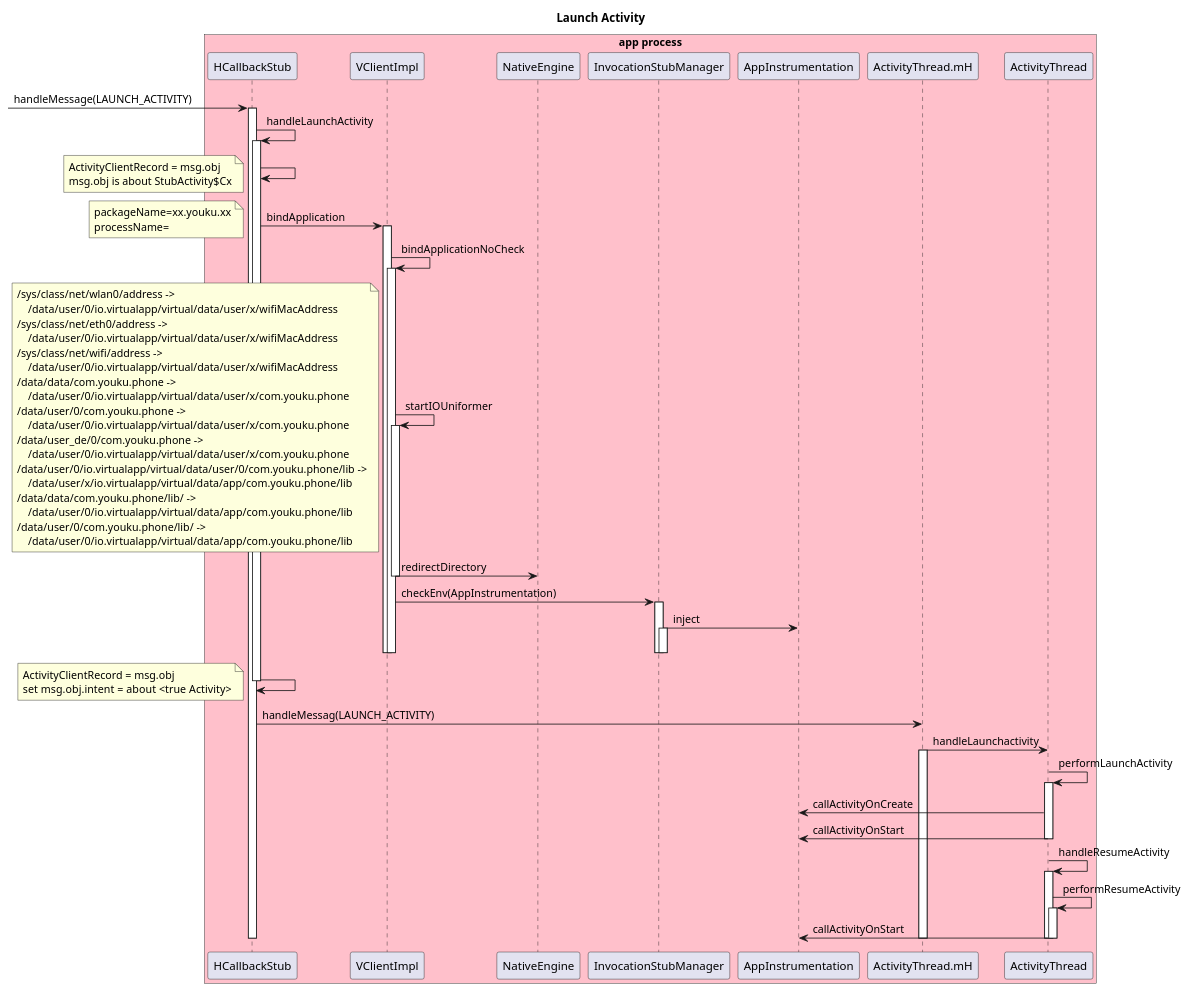
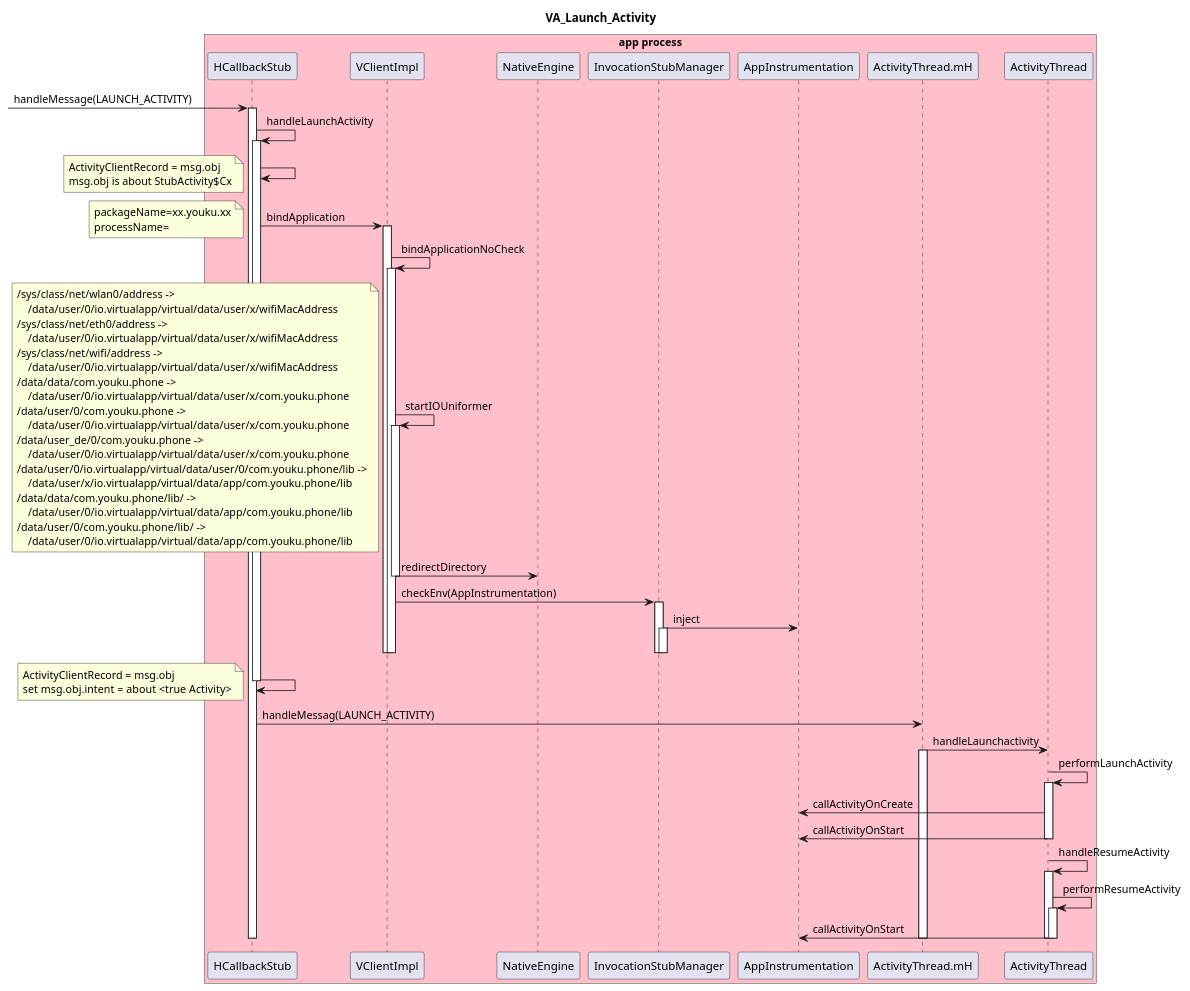
One commit to peggy109/VADoc changed the diagram in va_launch_activity.puml. Above: the diagram before and after it, drawn with PlantUML. The commit also changed 2 other files, not shown here.

Commit message:
va_start_activity.puml,optimize

```diff
--- a/va_launch_activity.puml
+++ b/va_launch_activity.puml
@@ -1,83 +1,83 @@
 @startuml
-title Launch Activity
+title VA_Launch_Activity
 box "app process" #Pink
 participant HCallbackStub
 participant VClientImpl as VCImpl
 participant NativeEngine
 participant InvocationStubManager
 participant AppInstrumentation
 participant ActivityThread.mH as mH
 participant ActivityThread
 endbox
 [-> HCallbackStub : handleMessage(LAUNCH_ACTIVITY)
 activate HCallbackStub
 HCallbackStub-> HCallbackStub : handleLaunchActivity
 activate HCallbackStub
 HCallbackStub -> HCallbackStub :
 note left
 ActivityClientRecord = msg.obj
 msg.obj is about StubActivity$Cx
 end note
 HCallbackStub -> VCImpl : bindApplication
 note left : packageName=xx.youku.xx\nprocessName=
 activate VCImpl
     VCImpl -> VCImpl : bindApplicationNoCheck
     activate VCImpl
         VCImpl -> VCImpl : startIOUniformer
         note left
         /sys/class/net/wlan0/address ->
             /data/user/0/io.virtualapp/virtual/data/user/x/wifiMacAddress
         /sys/class/net/eth0/address ->
             /data/user/0/io.virtualapp/virtual/data/user/x/wifiMacAddress
         /sys/class/net/wifi/address ->
             /data/user/0/io.virtualapp/virtual/data/user/x/wifiMacAddress
         /data/data/com.youku.phone ->
             /data/user/0/io.virtualapp/virtual/data/user/x/com.youku.phone
         /data/user/0/com.youku.phone ->
             /data/user/0/io.virtualapp/virtual/data/user/x/com.youku.phone
         /data/user_de/0/com.youku.phone ->
             /data/user/0/io.virtualapp/virtual/data/user/x/com.youku.phone
         /data/user/0/io.virtualapp/virtual/data/user/0/com.youku.phone/lib ->
             /data/user/x/io.virtualapp/virtual/data/app/com.youku.phone/lib
         /data/data/com.youku.phone/lib/ ->
             /data/user/0/io.virtualapp/virtual/data/app/com.youku.phone/lib
         /data/user/0/com.youku.phone/lib/ ->
             /data/user/0/io.virtualapp/virtual/data/app/com.youku.phone/lib
         end note
         activate VCImpl
             VCImpl -> NativeEngine : redirectDirectory
         deactivate VCImpl
         VCImpl -> InvocationStubManager : checkEnv(AppInstrumentation)
         activate InvocationStubManager
             InvocationStubManager -> AppInstrumentation : inject
             activate InvocationStubManager
             deactivate InvocationStubManager
         deactivate InvocationStubManager
     deactivate VCImpl
 deactivate VCImpl
 HCallbackStub -> HCallbackStub :
 note left
 ActivityClientRecord = msg.obj
 set msg.obj.intent =  about <true Activity>
 end note
 
 deactivate HCallbackStub
 HCallbackStub -> mH : handleMessag(LAUNCH_ACTIVITY)
 mH -> ActivityThread : handleLaunchactivity
 activate mH
 ActivityThread -> ActivityThread : performLaunchActivity
 activate ActivityThread
 ActivityThread -> AppInstrumentation : callActivityOnCreate
 ActivityThread -> AppInstrumentation : callActivityOnStart
 
 deactivate ActivityThread
 ActivityThread -> ActivityThread : handleResumeActivity
 activate ActivityThread
 ActivityThread -> ActivityThread : performResumeActivity
 activate ActivityThread
 ActivityThread -> AppInstrumentation : callActivityOnStart
 deactivate ActivityThread
 deactivate ActivityThread
 deactivate mH
 deactivate HCallbackStub
 @enduml
```
